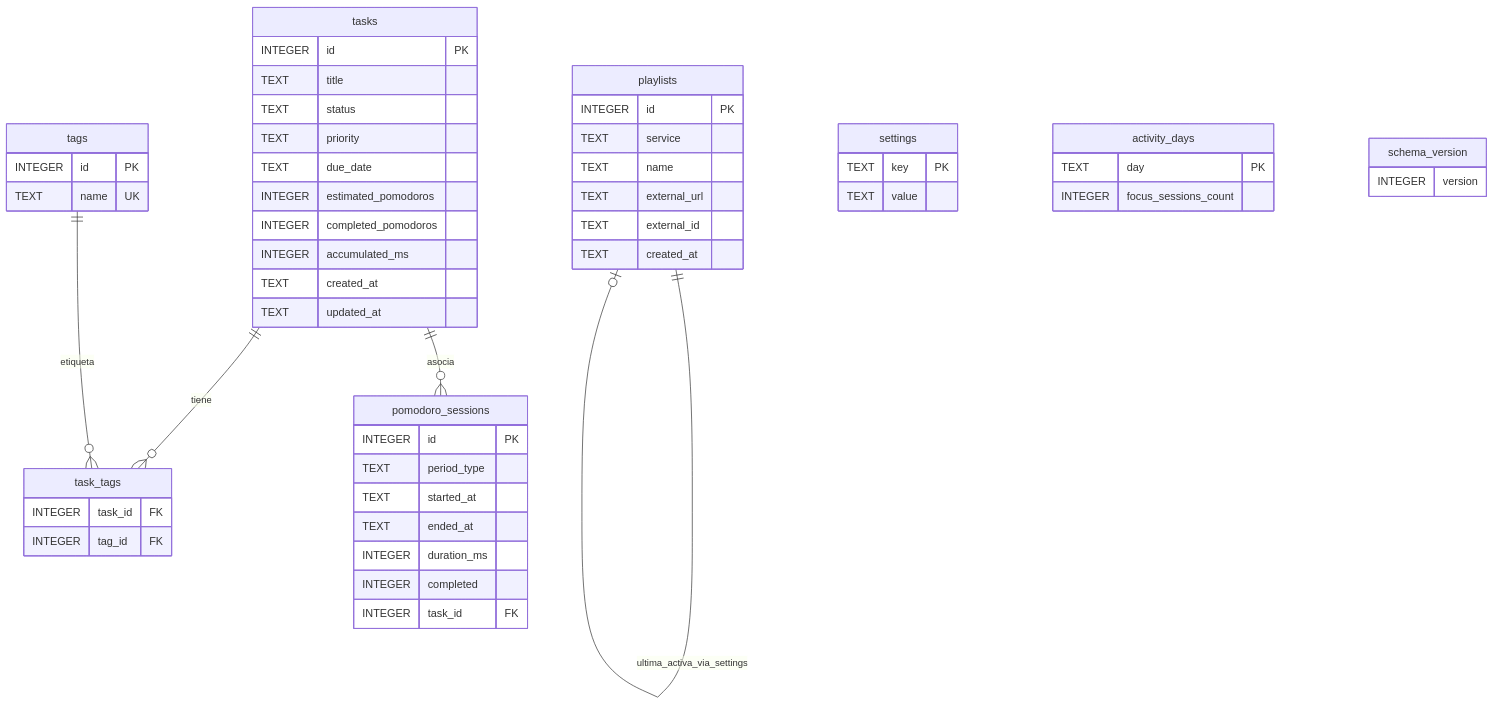
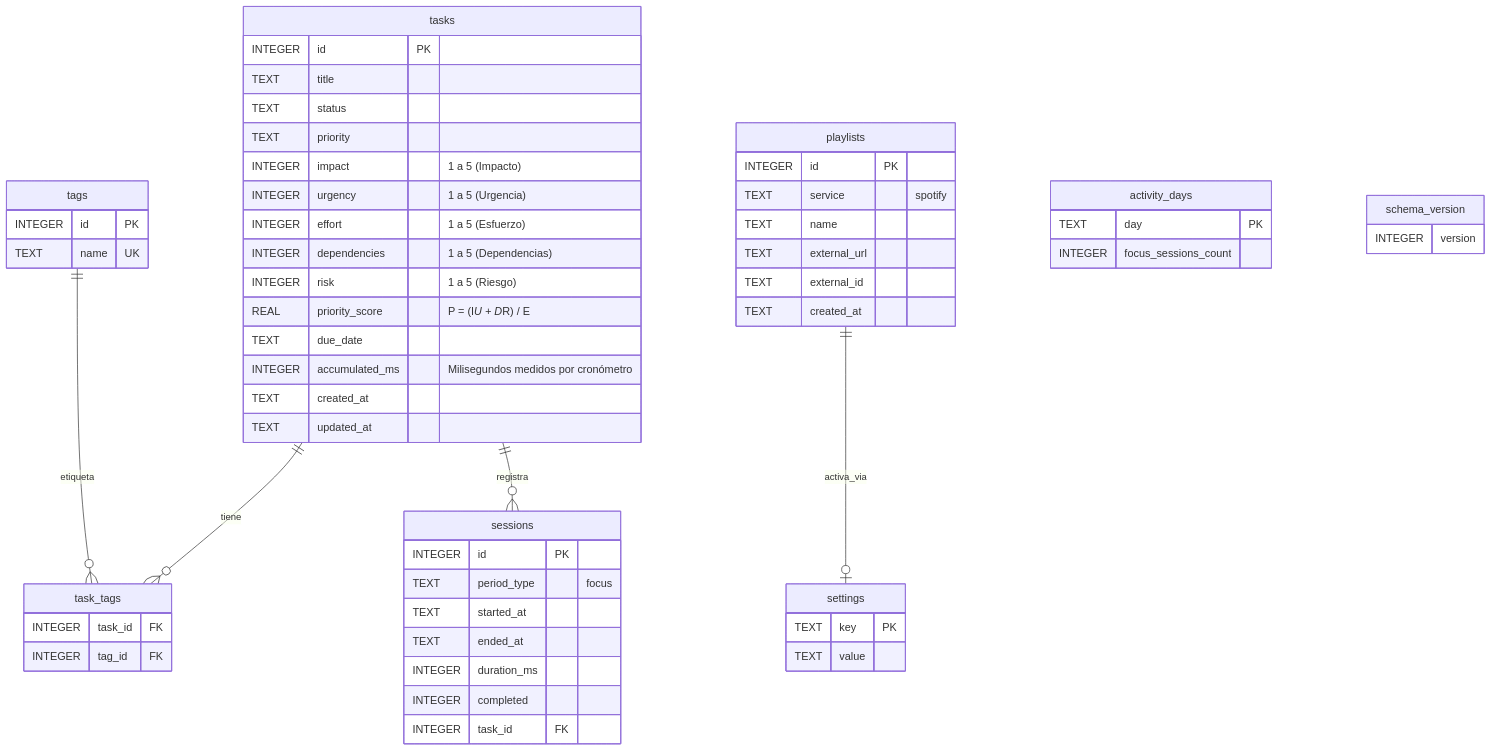
The diagram in documentos/04 diseño-base-datos.md (Edwardmamani/pomodoro), drawn with Mermaid before and after one commit. The commit also changed other lines of this file and 22 other files, not shown here.

````diff
--- a/documentos/04 diseño-base-datos.md
+++ b/documentos/04 diseño-base-datos.md
@@ -19,63 +23,67 @@
 ```mermaid
 erDiagram
   tasks ||--o{ task_tags : tiene
   tags ||--o{ task_tags : etiqueta
-  tasks ||--o{ pomodoro_sessions : asocia
-  playlists ||--o| playlists : ultima_activa_via_settings
+  tasks ||--o{ sessions : registra
+  playlists ||--o| settings : activa_via
 
   tasks {
     INTEGER id PK
     TEXT title
     TEXT status
     TEXT priority
+    INTEGER impact "1 a 5 (Impacto)"
+    INTEGER urgency "1 a 5 (Urgencia)"
+    INTEGER effort "1 a 5 (Esfuerzo)"
+    INTEGER dependencies "1 a 5 (Dependencias)"
+    INTEGER risk "1 a 5 (Riesgo)"
+    REAL priority_score "P = (I*U + D*R) / E"
     TEXT due_date
-    INTEGER estimated_pomodoros
-    INTEGER completed_pomodoros
-    INTEGER accumulated_ms
+    INTEGER accumulated_ms "Milisegundos medidos por cronómetro"
     TEXT created_at
     TEXT updated_at
   }
 
   tags {
     INTEGER id PK
     TEXT name UK
   }
 
   task_tags {
     INTEGER task_id FK
     INTEGER tag_id FK
   }
 
-  pomodoro_sessions {
+  sessions {
     INTEGER id PK
-    TEXT period_type
+    TEXT period_type "focus"
     TEXT started_at
     TEXT ended_at
     INTEGER duration_ms
     INTEGER completed
     INTEGER task_id FK
   }
 
   playlists {
     INTEGER id PK
-    TEXT service
+    TEXT service "spotify"
     TEXT name
     TEXT external_url
     TEXT external_id
     TEXT created_at
   }
 
   settings {
     TEXT key PK
     TEXT value
   }
 
   activity_days {
     TEXT day PK
     INTEGER focus_sessions_count
   }
 
   schema_version {
     INTEGER version
   }
 ```
````
